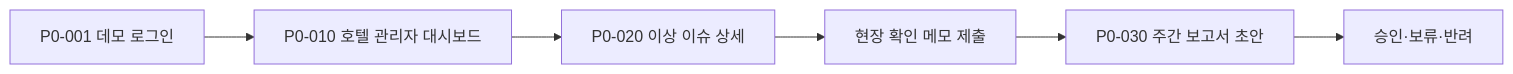
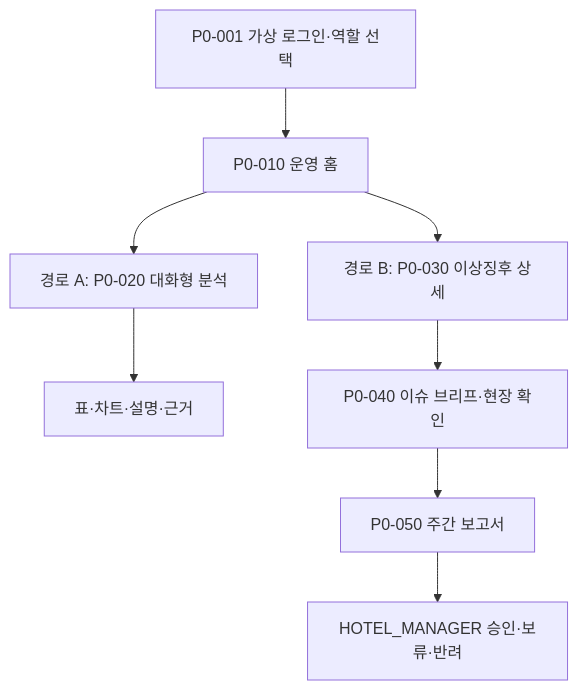
One commit to hijun318-eng/skn29_final_3team changed the first of 6 diagrams in docs/markdown/05_화면설계서_초안.md. Above: the diagram before and after it, drawn with Mermaid. The commit also changed other lines of this file and 12 other files, not shown here.

````diff
--- a/docs/markdown/05_화면설계서_초안.md
+++ b/docs/markdown/05_화면설계서_초안.md
@@ -84,8 +88,10 @@
 ```mermaid
-flowchart LR
-    A["P0-001 데모 로그인"] --> B["P0-010 호텔 관리자 대시보드"]
-    B --> C["P0-020 이상 이슈 상세"]
-    C --> D["현장 확인 메모 제출"]
-    D --> E["P0-030 주간 보고서 초안"]
-    E --> F["승인·보류·반려"]
+flowchart TB
+    A["P0-001 가상 로그인·역할 선택"] --> B["P0-010 운영 홈"]
+    B --> C["경로 A: P0-020 대화형 분석"]
+    C --> C1["표·차트·설명·근거"]
+    B --> D["경로 B: P0-030 이상징후 상세"]
+    D --> E["P0-040 이슈 브리프·현장 확인"]
+    E --> F["P0-050 주간 보고서"]
+    F --> G["HOTEL_MANAGER 승인·보류·반려"]
 ```
````
